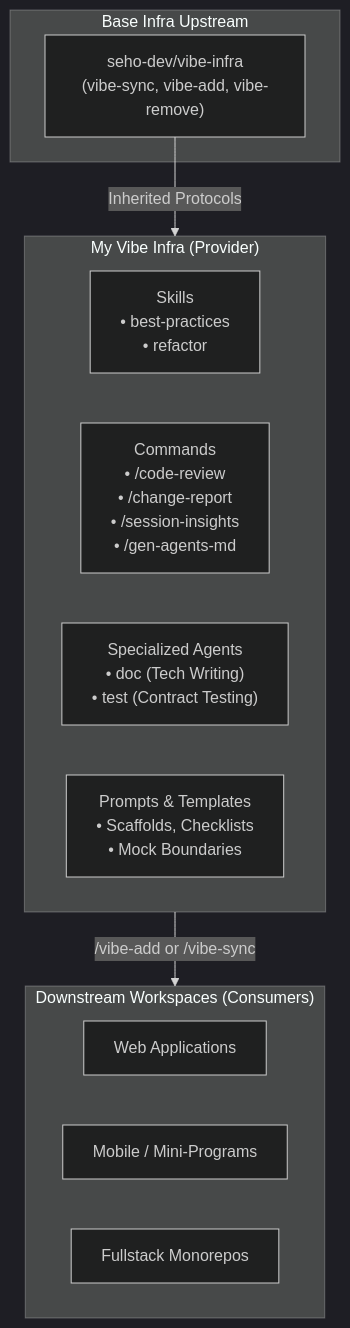
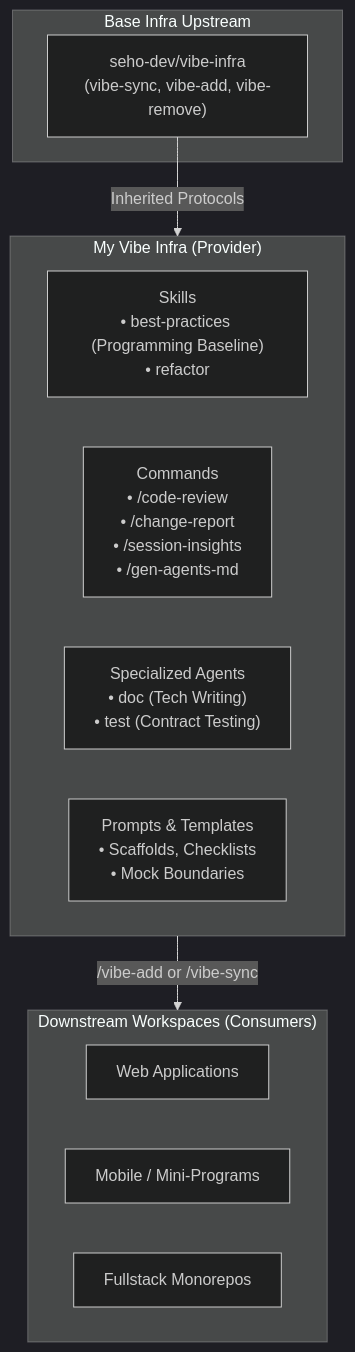
Before and after one commit to seho-dev/my-vibe-infra: the diagram in README.md, drawn with Mermaid (dark theme). The commit also changed other lines of this file and 3 other files, not shown here.

Commit message:
release: Generalize best-practices to all languages

````diff
--- a/README.md
+++ b/README.md
@@ -18,22 +18,22 @@
 ```mermaid
 flowchart TD
     subgraph Provider ["My Vibe Infra (Provider)"]
-        Skills["Skills<br/>• best-practices<br/>• refactor"]
+        Skills["Skills<br/>• best-practices (Programming Baseline)<br/>• refactor"]
         Commands["Commands<br/>• /code-review<br/>• /change-report<br/>• /session-insights<br/>• /gen-agents-md"]
         Agents["Specialized Agents<br/>• doc (Tech Writing)<br/>• test (Contract Testing)"]
         Prompts["Prompts & Templates<br/>• Scaffolds, Checklists<br/>• Mock Boundaries"]
     end
 
     subgraph Base ["Base Infra Upstream"]
         VibeBase["seho-dev/vibe-infra<br/>(vibe-sync, vibe-add, vibe-remove)"]
     end
 
     subgraph Consumers ["Downstream Workspaces (Consumers)"]
         EngApp1["Web Applications"]
         EngApp2["Mobile / Mini-Programs"]
         EngApp3["Fullstack Monorepos"]
     end
 
     VibeBase -->|"Inherited Protocols"| Provider
     Provider -->|"/vibe-add or /vibe-sync"| Consumers
 ```
````
